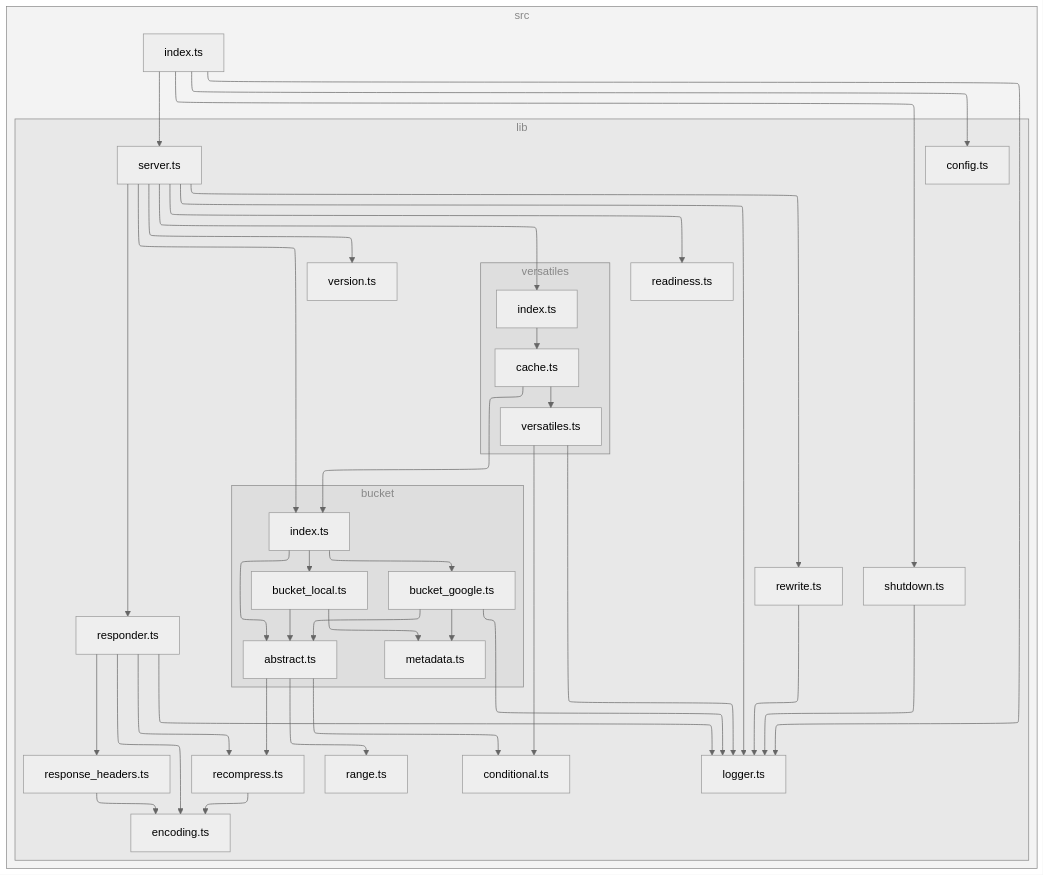
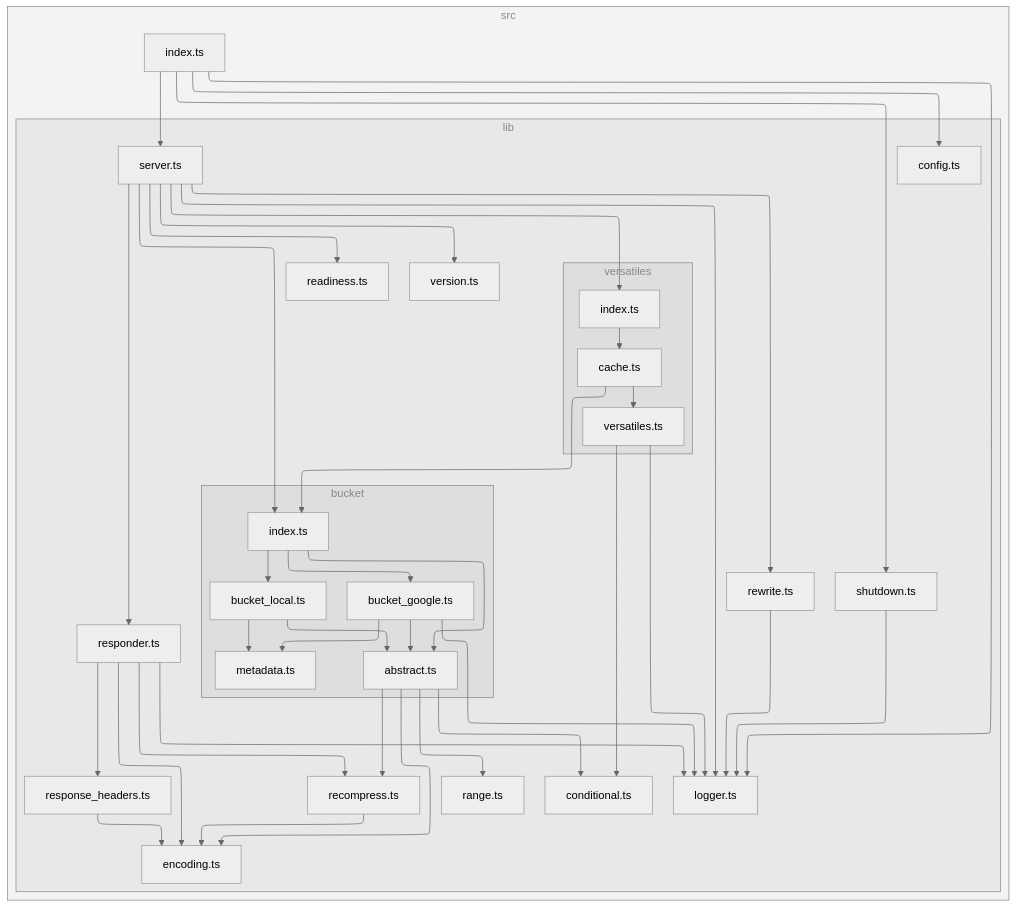
The diagram in README.md (versatiles-org/node-versatiles-google-cloud), drawn with Mermaid (neutral theme) before and after one commit. The commit also changed other lines of this file and 7 other files, not shown here.

````diff
--- a/README.md
+++ b/README.md
@@ -453,76 +461,77 @@
 ```mermaid
 ---
 config:
   layout: elk
 ---
 flowchart TB
 
 subgraph 0["src"]
 1["index.ts"]
 subgraph 2["lib"]
 3["config.ts"]
 4["logger.ts"]
 5["server.ts"]
 subgraph 6["bucket"]
 7["index.ts"]
 8["abstract.ts"]
 D["bucket_google.ts"]
 E["metadata.ts"]
 F["bucket_local.ts"]
 end
 9["conditional.ts"]
-A["range.ts"]
-B["recompress.ts"]
-C["encoding.ts"]
+A["encoding.ts"]
+B["range.ts"]
+C["recompress.ts"]
 G["readiness.ts"]
 H["responder.ts"]
 I["response_headers.ts"]
 J["rewrite.ts"]
 subgraph K["versatiles"]
 L["index.ts"]
 M["cache.ts"]
 N["versatiles.ts"]
 end
 O["version.ts"]
 P["shutdown.ts"]
 end
 end
 1-->3
 1-->4
 1-->5
 1-->P
 5-->7
 5-->4
 5-->G
 5-->H
 5-->J
 5-->L
 5-->O
 7-->8
 7-->D
 7-->F
 8-->9
 8-->A
 8-->B
-B-->C
+8-->C
+C-->A
 D-->4
 D-->8
 D-->E
 F-->8
 F-->E
+H-->A
+H-->4
 H-->C
-H-->4
-H-->B
 H-->I
-I-->C
+I-->A
 J-->4
 L-->M
 M-->7
 M-->N
 N-->9
 N-->4
 P-->4
 
 class 0,2,6,K subgraphs;
 classDef subgraphs fill-opacity:0.1, fill:#888, color:#888, stroke:#888;
 ```
````
